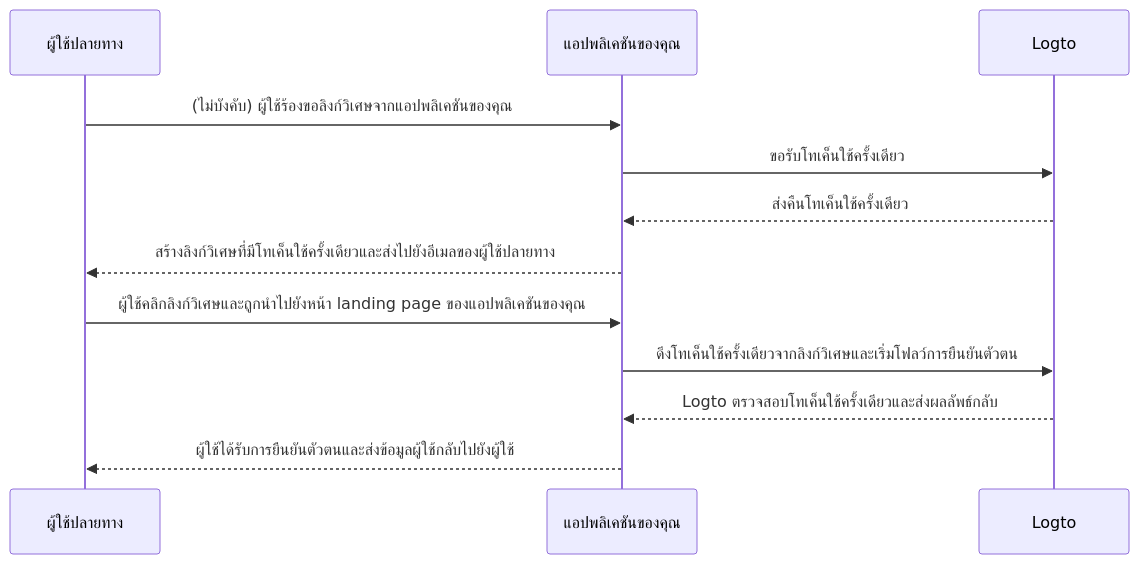
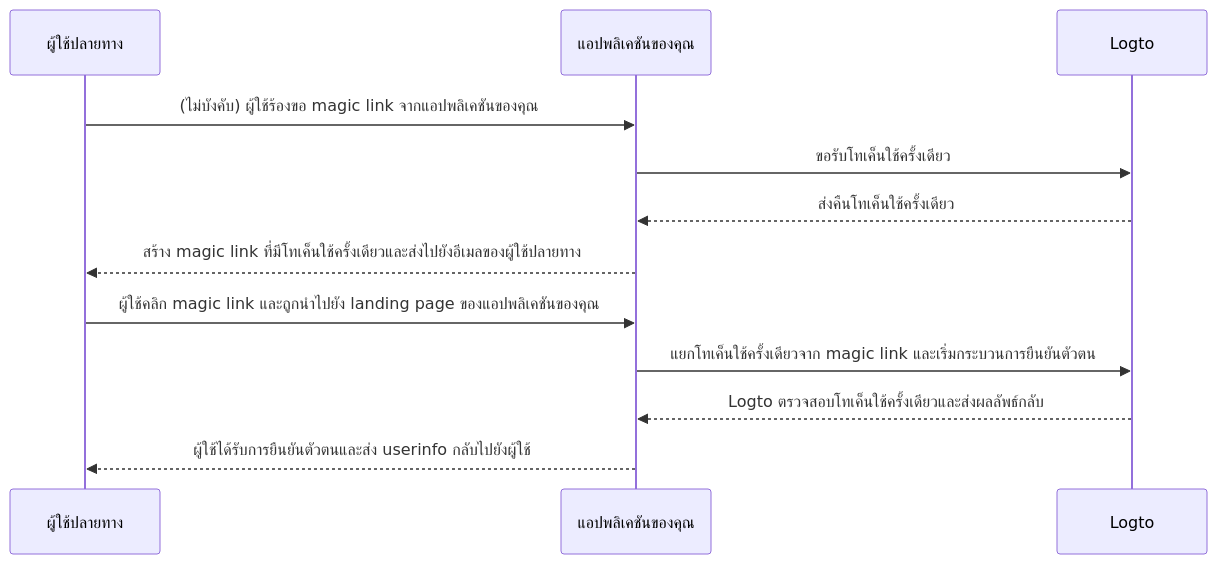
The diagram in i18n/th/docusaurus-plugin-content-docs/current/end-user-flows/one-time-token.mdx (logto-io/docs), drawn with Mermaid before and after one commit. The commit also changed other lines of this file and 117 other files, not shown here.

````diff
--- a/i18n/th/docusaurus-plugin-content-docs/current/end-user-flows/one-time-token.mdx
+++ b/i18n/th/docusaurus-plugin-content-docs/current/end-user-flows/one-time-token.mdx
@@ -40,15 +38,15 @@
 ```mermaid
 sequenceDiagram
   participant U as ผู้ใช้ปลายทาง
   participant C as แอปพลิเคชันของคุณ
   participant L as Logto
 
-  U ->> C: (ไม่บังคับ) ผู้ใช้ร้องขอลิงก์วิเศษจากแอปพลิเคชันของคุณ
+  U ->> C: (ไม่บังคับ) ผู้ใช้ร้องขอ magic link จากแอปพลิเคชันของคุณ
   C ->> L: ขอรับโทเค็นใช้ครั้งเดียว
   L -->> C: ส่งคืนโทเค็นใช้ครั้งเดียว
-  C -->> U: สร้างลิงก์วิเศษที่มีโทเค็นใช้ครั้งเดียวและส่งไปยังอีเมลของผู้ใช้ปลายทาง
-  U ->> C: ผู้ใช้คลิกลิงก์วิเศษและถูกนำไปยังหน้า landing page ของแอปพลิเคชันของคุณ
-  C ->> L: ดึงโทเค็นใช้ครั้งเดียวจากลิงก์วิเศษและเริ่มโฟลว์การยืนยันตัวตน
+  C -->> U: สร้าง magic link ที่มีโทเค็นใช้ครั้งเดียวและส่งไปยังอีเมลของผู้ใช้ปลายทาง
+  U ->> C: ผู้ใช้คลิก magic link และถูกนำไปยัง landing page ของแอปพลิเคชันของคุณ
+  C ->> L: แยกโทเค็นใช้ครั้งเดียวจาก magic link และเริ่มกระบวนการยืนยันตัวตน
   L -->> C: Logto ตรวจสอบโทเค็นใช้ครั้งเดียวและส่งผลลัพธ์กลับ
-  C -->> U: ผู้ใช้ได้รับการยืนยันตัวตนและส่งข้อมูลผู้ใช้กลับไปยังผู้ใช้
+  C -->> U: ผู้ใช้ได้รับการยืนยันตัวตนและส่ง userinfo กลับไปยังผู้ใช้
 ```
````
